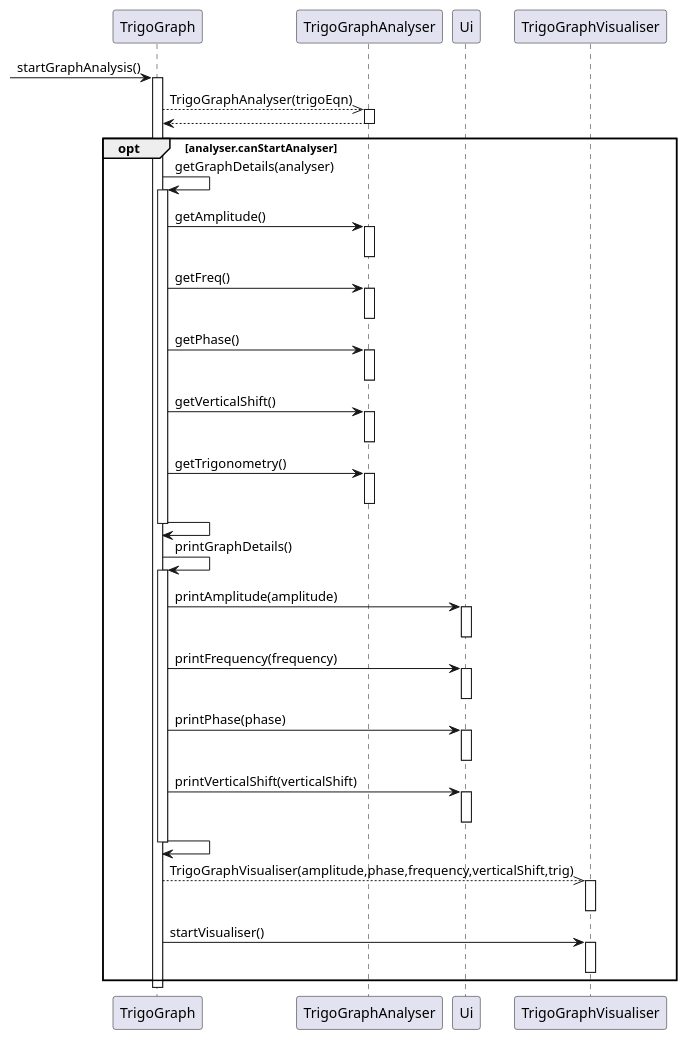
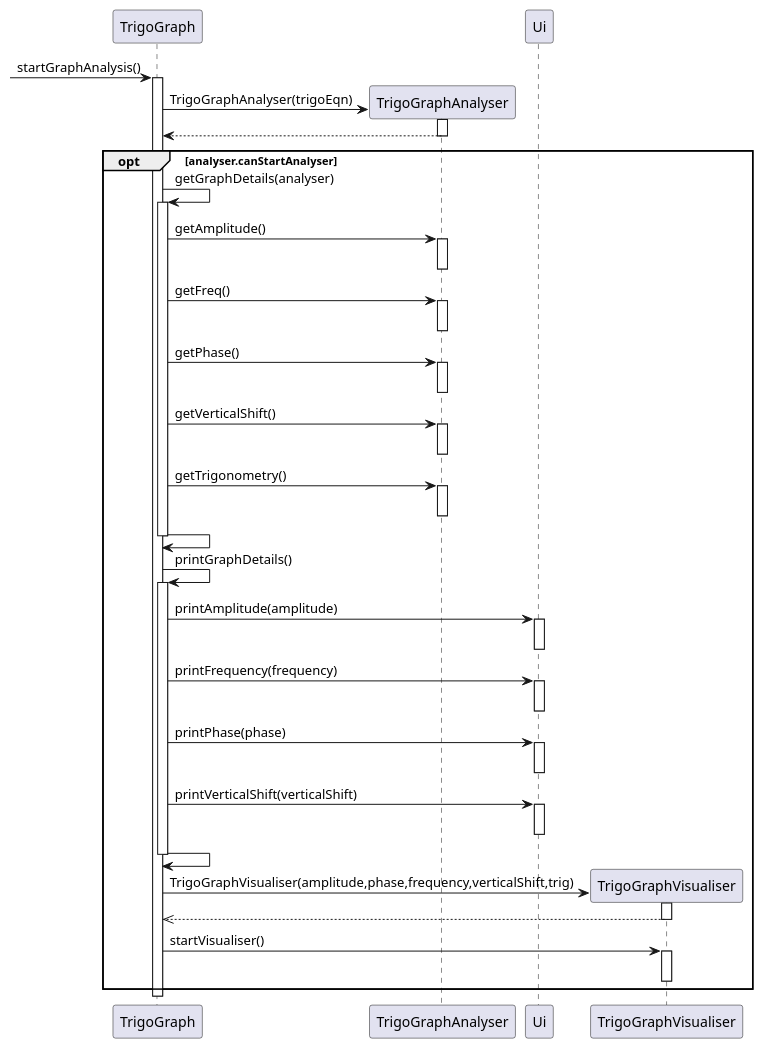
Before and after one commit to nus-cs2113-AY2223S2/tp: the diagram in docs/TrigoGraph.puml, drawn with PlantUML. The commit also changed 3 other files, not shown here.

Commit message:
Update UML for graph

```diff
--- a/docs/TrigoGraph.puml
+++ b/docs/TrigoGraph.puml
@@ -1,73 +1,75 @@
 @startuml
 
 
 [->TrigoGraph: startGraphAnalysis()
 activate TrigoGraph
 
-TrigoGraph-->>TrigoGraphAnalyser: TrigoGraphAnalyser(trigoEqn)
+TrigoGraph-> TrigoGraphAnalyser**:TrigoGraphAnalyser(trigoEqn)
 
 activate TrigoGraphAnalyser
 TrigoGraphAnalyser --> TrigoGraph
 deactivate TrigoGraphAnalyser
 opt analyser.canStartAnalyser
 TrigoGraph -> TrigoGraph :getGraphDetails(analyser)
 activate TrigoGraph
 
 TrigoGraph -> TrigoGraphAnalyser: getAmplitude()
 activate TrigoGraphAnalyser
 deactivate TrigoGraphAnalyser
 
 TrigoGraph -> TrigoGraphAnalyser: getFreq()
 activate TrigoGraphAnalyser
 deactivate TrigoGraphAnalyser
 
 TrigoGraph -> TrigoGraphAnalyser: getPhase()
 activate TrigoGraphAnalyser
 deactivate TrigoGraphAnalyser
 
 TrigoGraph -> TrigoGraphAnalyser: getVerticalShift()
 activate TrigoGraphAnalyser
 deactivate TrigoGraphAnalyser
 
 TrigoGraph -> TrigoGraphAnalyser: getTrigonometry()
 activate TrigoGraphAnalyser
 deactivate TrigoGraphAnalyser
 
 TrigoGraph -> TrigoGraph
 deactivate TrigoGraph
 
 TrigoGraph -> TrigoGraph: printGraphDetails()
 activate TrigoGraph
 
 TrigoGraph -> Ui: printAmplitude(amplitude)
 activate Ui
 deactivate Ui
 
 TrigoGraph -> Ui: printFrequency(frequency)
 activate Ui
 deactivate Ui
 
 TrigoGraph -> Ui: printPhase(phase)
 activate Ui
 deactivate Ui
 
 TrigoGraph -> Ui: printVerticalShift(verticalShift)
 activate Ui
 deactivate Ui
 
 TrigoGraph -> TrigoGraph
 deactivate TrigoGraph
 
-TrigoGraph -->> TrigoGraphVisualiser: TrigoGraphVisualiser(amplitude,phase,frequency,verticalShift,trig)
+TrigoGraph -> TrigoGraphVisualiser**: TrigoGraphVisualiser(amplitude,phase,frequency,verticalShift,trig)
 activate TrigoGraphVisualiser
+TrigoGraphVisualiser -->> TrigoGraph
 deactivate TrigoGraphVisualiser
 
 TrigoGraph -> TrigoGraphVisualiser: startVisualiser()
 activate TrigoGraphVisualiser
+
 deactivate TrigoGraphVisualiser
 end opt
 
 
 deactivate TrigoGraph
 
 @enduml
```
